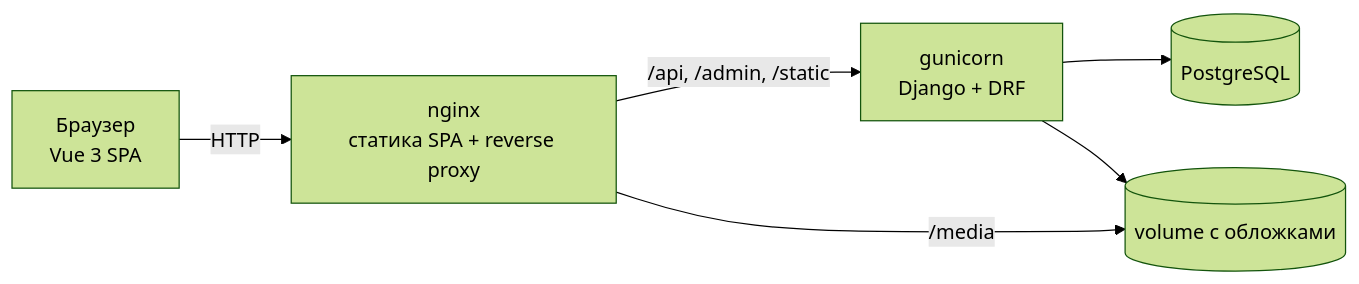
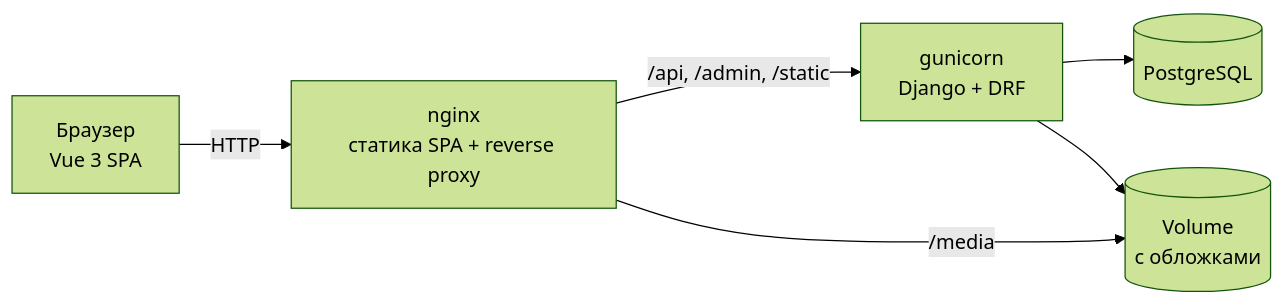
One commit to DogNellaf/verso-bookshop changed the diagram in README.ru.md. Above: the diagram before and after it, drawn with Mermaid (forest theme). The commit also changed other lines of this file and 3 other files, not shown here.

````diff
--- a/README.ru.md
+++ b/README.ru.md
@@ -79,8 +130,8 @@
 ```mermaid
 flowchart LR
-    B[Браузер<br/>Vue 3 SPA] -->|HTTP| N[nginx<br/>статика SPA + reverse proxy]
+    U[Браузер<br/>Vue 3 SPA] -->|HTTP| N[nginx<br/>статика SPA + reverse proxy]
     N -->|/api, /admin, /static| G[gunicorn<br/>Django + DRF]
-    N -->|/media| M[(volume с обложками)]
+    N -->|/media| M[(Volume<br/>с обложками)]
     G --> P[(PostgreSQL)]
     G --> M
 ```
````
